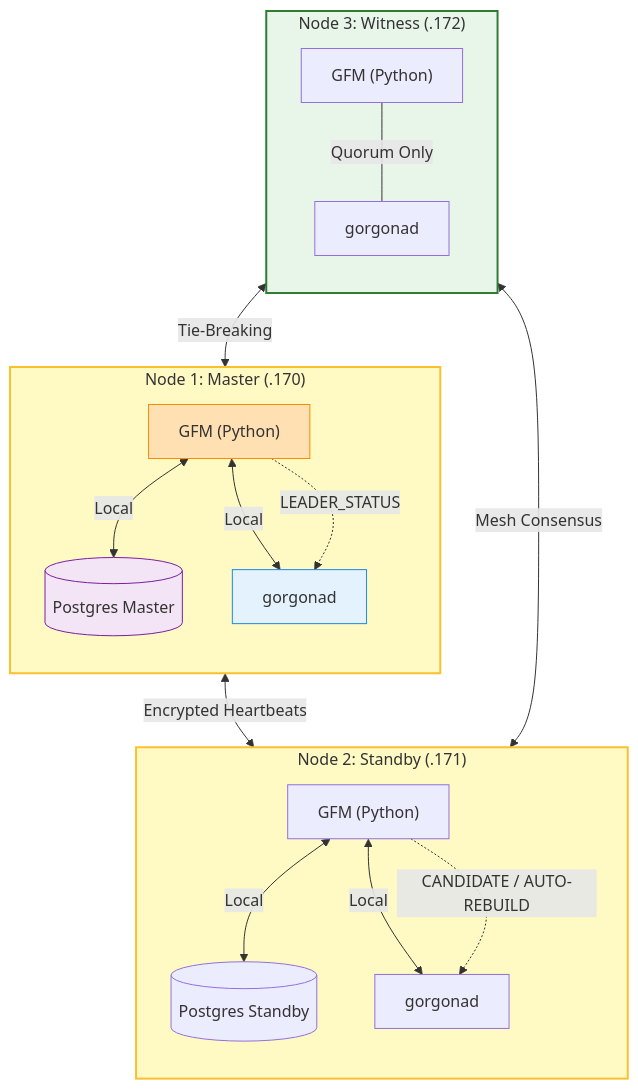
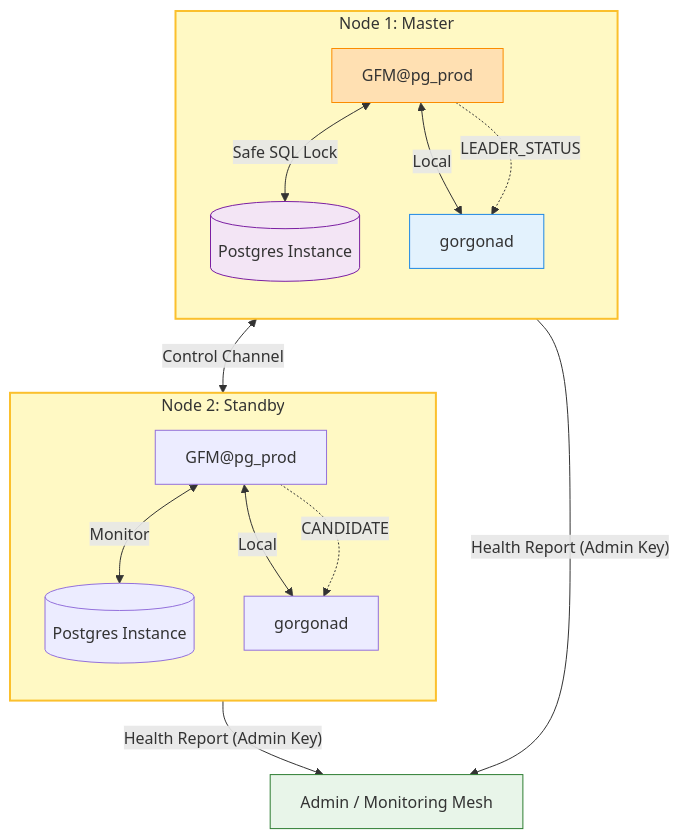
One commit to psqlmaster/gorgona changed the diagram in plugins/gfm/readme.md. Above: the diagram before and after it, drawn with Mermaid. The commit also changed other lines of this file and 11 other files, not shown here.

Commit message:
feat(gfm): implement multi-instance orchestration, Systemd templates, and fix auto-rebuild loop

````diff
--- a/plugins/gfm/readme.md
+++ b/plugins/gfm/readme.md
@@ -94,38 +88,36 @@
 ```mermaid
 graph TD
-    %% Database Nodes
-    subgraph DB1 ["Node 1: Master (.170)"]
+    %% Cluster Instance 1
+    subgraph NODE1 ["Node 1: Master"]
         direction TB
-        gfm1["GFM (Python)"] <-->|Local| pg1[("Postgres Master")]
+        gfm1["GFM@pg_prod"] <-->|Safe SQL Lock| pg1[("Postgres Instance")]
         gfm1 <-->|Local| D1["gorgonad"]
     end
 
-    subgraph DB2 ["Node 2: Standby (.171)"]
+    %% Cluster Instance 2
+    subgraph NODE2 ["Node 2: Standby"]
         direction TB
-        gfm2["GFM (Python)"] <-->|Local| pg2[("Postgres Standby")]
+        gfm2["GFM@pg_prod"] <-->|Monitor| pg2[("Postgres Instance")]
         gfm2 <-->|Local| D2["gorgonad"]
     end
 
-    %% Witness Node
-    subgraph WIT ["Node 3: Witness (.172)"]
-        direction TB
-        gfm3["GFM (Python)"] ---|Quorum Only| D3["gorgonad"]
-    end
+    %% Administrative Layer
+    ADMIN["Admin / Monitoring Mesh"] 
 
     %% P2P Signaling
-    D1 <-->|Encrypted Heartbeats| D2
-    D2 <-->|Mesh Consensus| D3
-    D3 <-->|Tie-Breaking| D1
+    D1 <-->|Control Channel| D2
+    gfm1 -.->|LEADER_STATUS| D1
+    gfm2 -.->|CANDIDATE| D2
+    
+    %% Reporting
+    gfm1 -- "Health Report (Admin Key)" --> ADMIN
+    gfm2 -- "Health Report (Admin Key)" --> ADMIN
 
-    %% Interactions
-    gfm1 -.->|LEADER_STATUS| D1
-    gfm2 -.->|CANDIDATE / AUTO-REBUILD| D2
-    
     %% Styling
-    style DB1 fill:#fff9c4,stroke:#fbc02d,stroke-width:2px
-    style DB2 fill:#fff9c4,stroke:#fbc02d,stroke-width:2px
-    style WIT fill:#e8f5e9,stroke:#2e7d32,stroke-width:2px
+    style NODE1 fill:#fff9c4,stroke:#fbc02d,stroke-width:2px
+    style NODE2 fill:#fff9c4,stroke:#fbc02d,stroke-width:2px
     style gfm1 fill:#ffe0b2,stroke:#fb8c00
     style D1 fill:#e3f2fd,stroke:#1e88e5
     style pg1 fill:#f3e5f5,stroke:#7b1fa2
+    style ADMIN fill:#e8f5e9,stroke:#2e7d32
 ```
````
